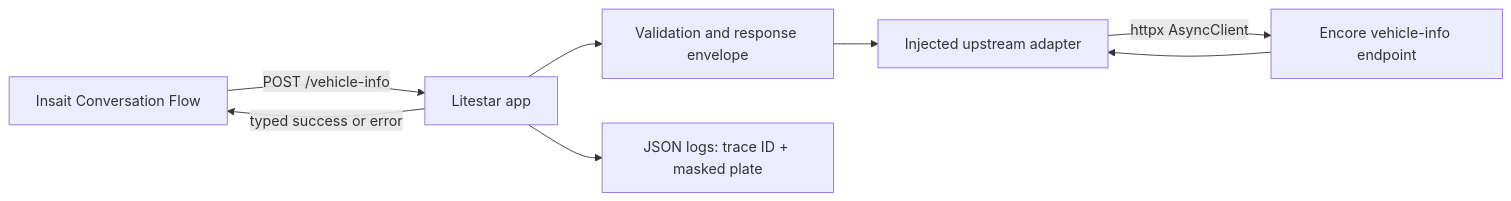
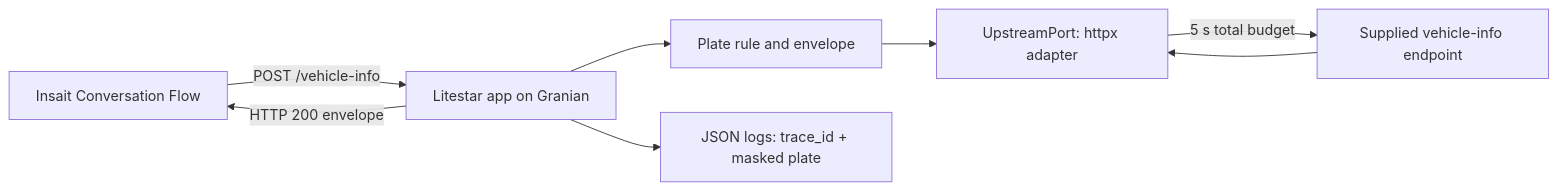
The diagram in ARCHITECTURE.md (yanai-sh/onboarding-flow), drawn with Mermaid before and after one commit. The commit also changed other lines of this file and 16 other files, not shown here.

First line of the commit message:
docs: rewrite README for reviewers and document the Insait flow design

````diff
--- a/ARCHITECTURE.md
+++ b/ARCHITECTURE.md
@@ -9,10 +9,10 @@
 ```mermaid
 graph LR
-    A[Insait Conversation Flow] -->|POST /vehicle-info| B[Litestar app]
-    B --> C[Validation and response envelope]
-    C --> D[Injected upstream adapter]
-    D -->|httpx AsyncClient| E[Encore vehicle-info endpoint]
+    A[Insait Conversation Flow] -->|POST /vehicle-info| B[Litestar app on Granian]
+    B --> C[Plate rule and envelope]
+    C --> D[UpstreamPort: httpx adapter]
+    D -->|5 s total budget| E[Supplied vehicle-info endpoint]
     E --> D
-    B --> F[JSON logs: trace ID + masked plate]
-    B -->|typed success or error| A
+    B --> F[JSON logs: trace_id + masked plate]
+    B -->|HTTP 200 envelope| A
 ```
````
